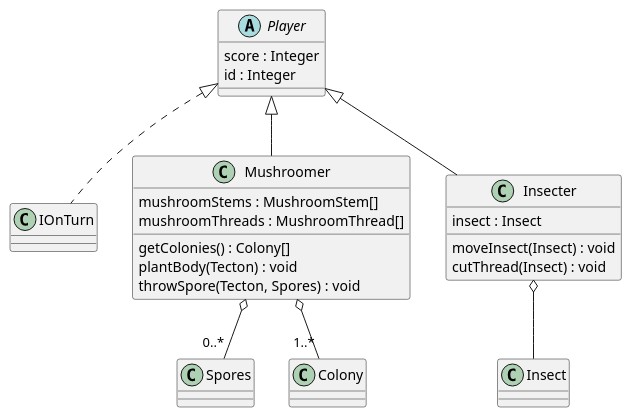
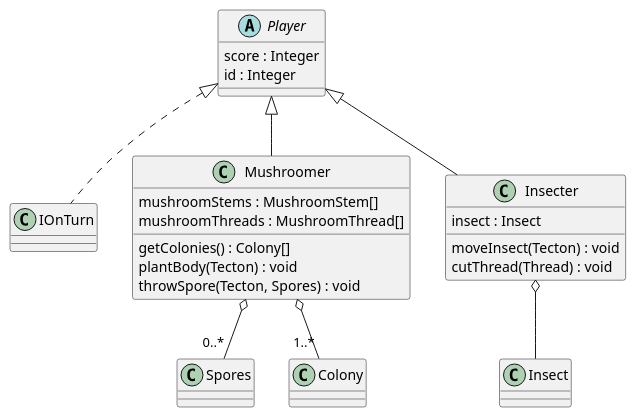
The diagram in 3/classes/player.puml (Petya-G/fungorium), drawn with PlantUML before and after one commit.

Commit message:
change insecter

```diff
--- a/3/classes/player.puml
+++ b/3/classes/player.puml
@@ -1,26 +1,26 @@
 @startuml player
 Player <|.. IOnTurn
 abstract class Player{
     score : Integer
     id : Integer
 }
 
 Player <|-- Mushroomer
 Mushroomer o-- "0..*" Spores
 Mushroomer o-- "1..*" Colony
 class Mushroomer{
     mushroomStems : MushroomStem[]
     mushroomThreads : MushroomThread[]
     getColonies() : Colony[]
     plantBody(Tecton) : void
     throwSpore(Tecton, Spores) : void
 }
 
 Player <|-- Insecter
 Insecter o-- Insect
 class Insecter{
     insect : Insect
-    moveInsect(Insect) : void
-    cutThread(Insect) : void
+    moveInsect(Tecton) : void
+    cutThread(Thread) : void
 }
 @enduml
```
